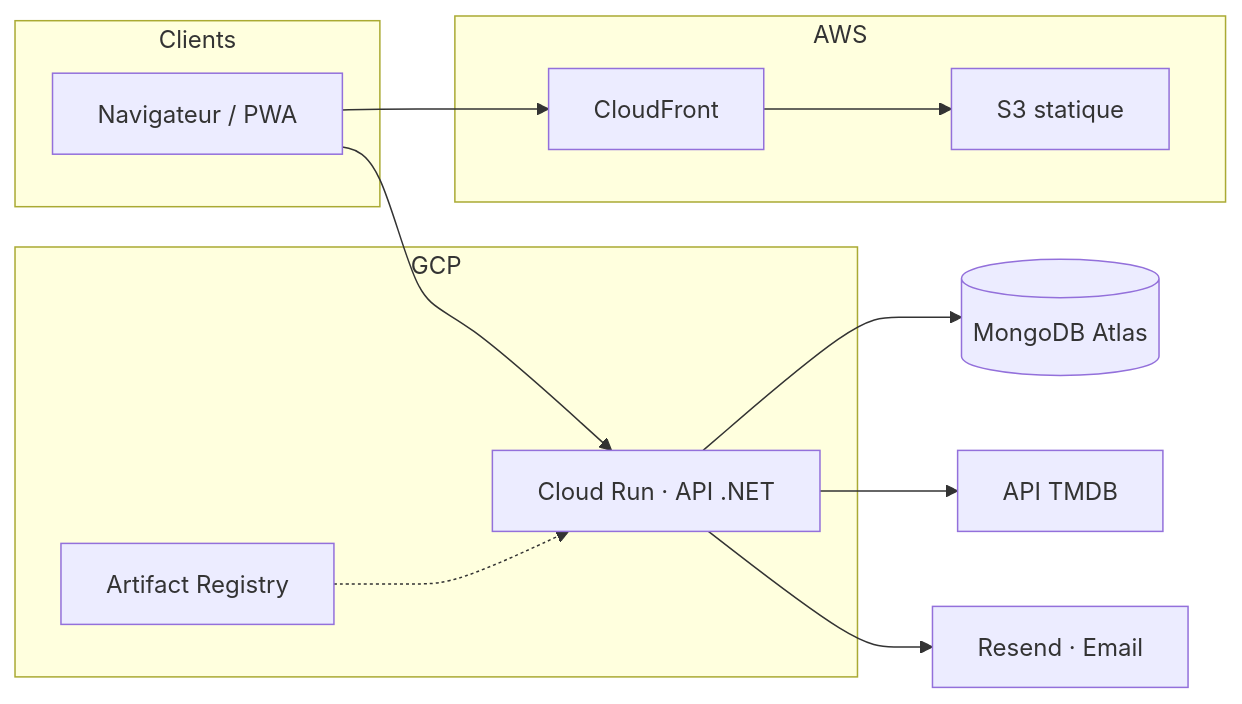
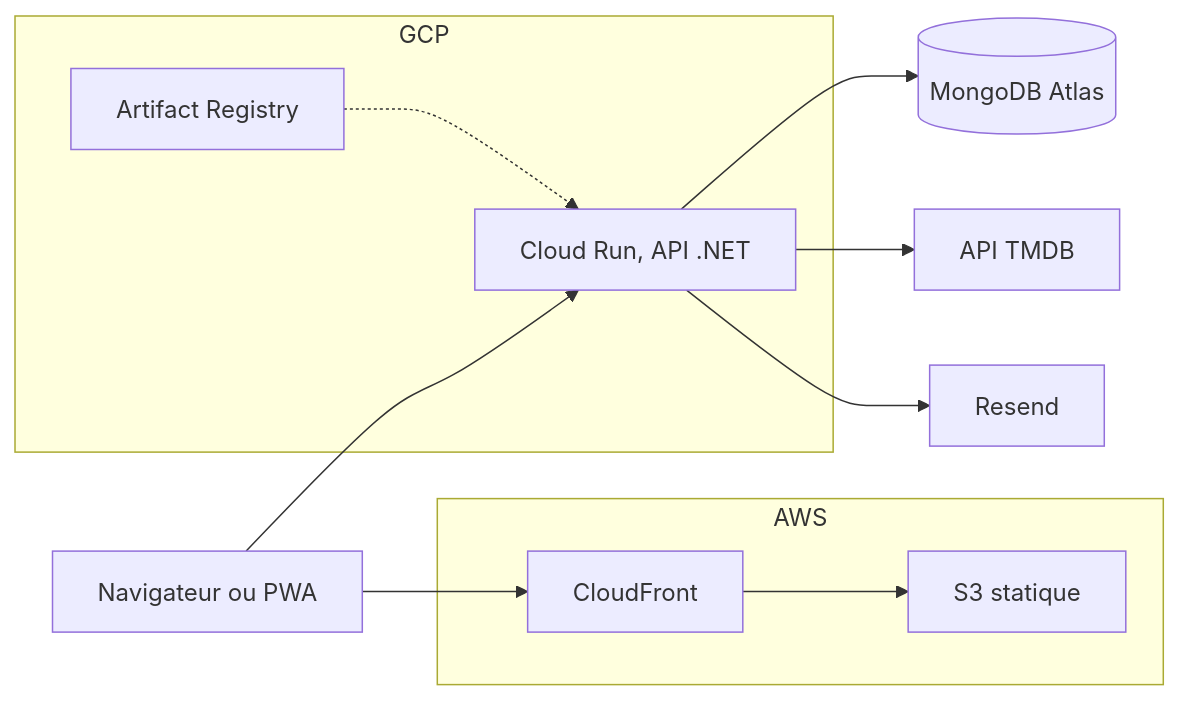
One commit to Affy657/Movie-Picker changed the diagram in README.md. Above: the diagram before and after it, drawn with Mermaid. The commit also changed other lines of this file and 5 other files, not shown here.

````diff
--- a/README.md
+++ b/README.md
@@ -49,21 +42,15 @@
 ```mermaid
 flowchart LR
-  subgraph clients [Clients]
-    Browser[Navigateur / PWA]
-  end
+  Browser[Navigateur ou PWA]
   subgraph aws [AWS]
-    CF[CloudFront]
-    S3[S3 statique]
-    CF --> S3
+    CF[CloudFront] --> S3[S3 statique]
   end
   subgraph gcp [GCP]
-    CR[Cloud Run · API .NET]
-    AR[Artifact Registry]
-    AR -.-> CR
+    AR[Artifact Registry] -.-> CR[Cloud Run, API .NET]
   end
   Browser --> CF
   Browser --> CR
   CR --> Mongo[(MongoDB Atlas)]
   CR --> TMDB[API TMDB]
-  CR --> Resend[Resend · Email]
+  CR --> Resend[Resend]
 ```
````
